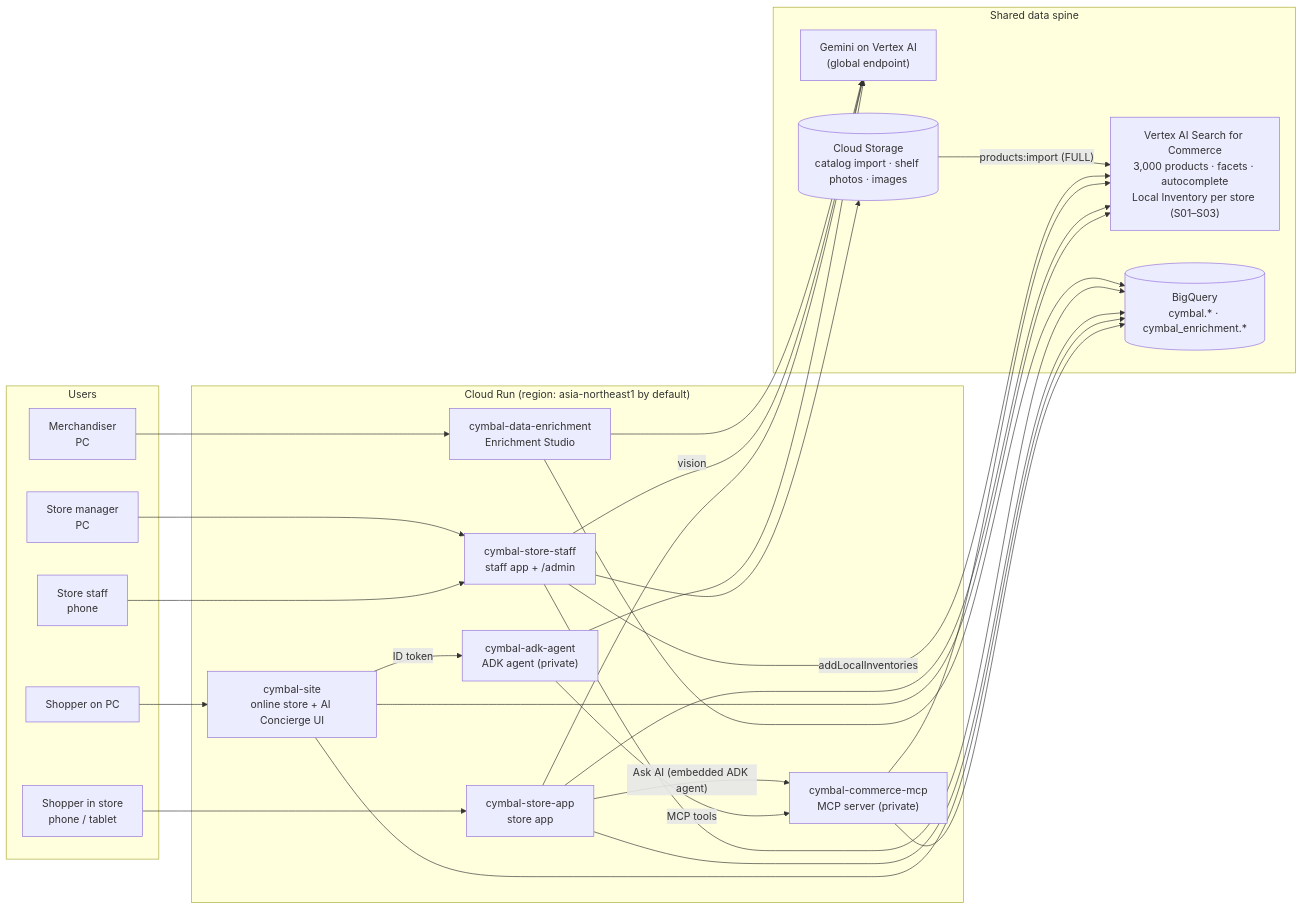
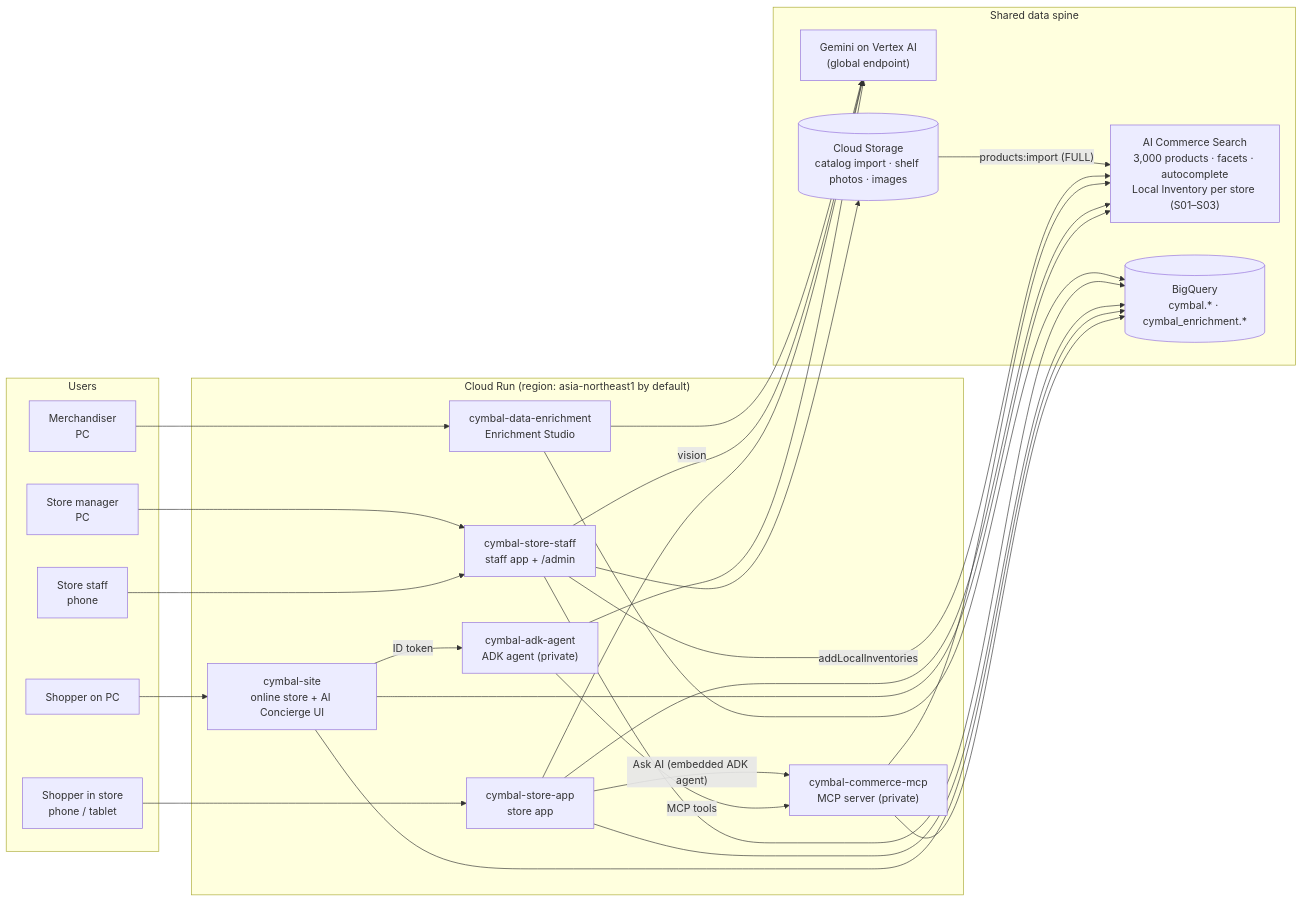
One commit to minsoojun-cloud/cymbal-retail-agentic-commerce-en-demo changed the first of 2 diagrams in README.md. Above: the diagram before and after it, drawn with Mermaid. The commit also changed other lines of this file and 27 other files, not shown here.

First line of the commit message:
fix(naming): rename product to "AI Commerce Search" in apps, installer and docs

````diff
--- a/README.md
+++ b/README.md
@@ -53,51 +53,51 @@
 ```mermaid
 flowchart LR
   subgraph Users
     PC["Shopper on PC"]
     PH["Shopper in store<br/>phone / tablet"]
     ST["Store staff<br/>phone"]
     MG["Store manager<br/>PC"]
     MD["Merchandiser<br/>PC"]
   end
 
   subgraph CloudRun["Cloud Run (region: asia-northeast1 by default)"]
     SITE["cymbal-site<br/>online store + AI Concierge UI"]
     APP["cymbal-store-app<br/>store app"]
     STAFF["cymbal-store-staff<br/>staff app + /admin"]
     ENR["cymbal-data-enrichment<br/>Enrichment Studio"]
     ADK["cymbal-adk-agent<br/>ADK agent (private)"]
     MCP["cymbal-commerce-mcp<br/>MCP server (private)"]
   end
 
   subgraph Data["Shared data spine"]
-    VAIS["Vertex AI Search for Commerce<br/>3,000 products · facets · autocomplete<br/>Local Inventory per store (S01–S03)"]
+    VAIS["AI Commerce Search<br/>3,000 products · facets · autocomplete<br/>Local Inventory per store (S01–S03)"]
     BQ[("BigQuery<br/>cymbal.* · cymbal_enrichment.*")]
     GEM["Gemini on Vertex AI<br/>(global endpoint)"]
     GCS[("Cloud Storage<br/>catalog import · shelf photos · images")]
   end
 
   PC --> SITE
   PH --> APP
   ST --> STAFF
   MG --> STAFF
   MD --> ENR
 
   SITE -->|"ID token"| ADK
   ADK -->|"MCP tools"| MCP
   APP -->|"Ask AI (embedded ADK agent)"| MCP
   SITE --> VAIS
   APP --> VAIS
   MCP --> VAIS
   MCP --> BQ
   SITE --> BQ
   APP --> BQ
   STAFF -->|"addLocalInventories"| VAIS
   STAFF --> BQ
   STAFF --> GCS
   ENR --> BQ
   ADK --> GEM
   APP --> GEM
   STAFF -->|"vision"| GEM
   ENR --> GEM
   GCS -->|"products:import (FULL)"| VAIS
 ```
````
